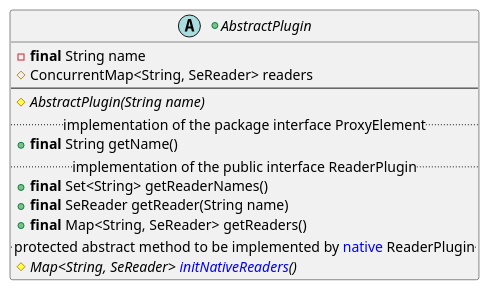
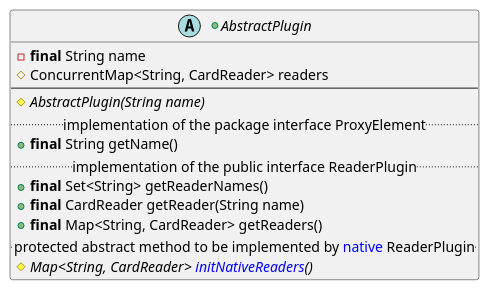
The sixth of 11 diagrams in src/KeypleCoreApi/puml/KeypleCore_Plugin_ClassDiag_ClassElements.iuml (calypsonet/keyple), drawn with PlantUML before and after one commit. The commit also changed other lines of this file and 10 other files, not shown here.

```diff
--- a/src/KeypleCoreApi/puml/KeypleCore_Plugin_ClassDiag_ClassElements.iuml
+++ b/src/KeypleCoreApi/puml/KeypleCore_Plugin_ClassDiag_ClassElements.iuml
@@ -52,19 +52,19 @@
 @startuml(id=PLUGIN_PLUGIN_1_0_0)
 +abstract AbstractPlugin {
   -<b>final</b> String name
-  #ConcurrentMap<String, SeReader> readers
+  #ConcurrentMap<String, CardReader> readers
   --
   #{abstract} AbstractPlugin(String name)
 '
   .. implementation of the package interface ProxyElement ..
   +<b>final</b> String getName()
 '
   .. implementation of the public interface ReaderPlugin ..
   +<b>final</b> Set<String> getReaderNames()
-  +<b>final</b> SeReader getReader(String name)
-  +<b>final</b> Map<String, SeReader> getReaders()
+  +<b>final</b> CardReader getReader(String name)
+  +<b>final</b> Map<String, CardReader> getReaders()
 '
   .. protected abstract method to be implemented by <color:blue>native</color> ReaderPlugin ..
-  #{abstract} Map<String, SeReader> <color:blue>initNativeReaders</color>()
+  #{abstract} Map<String, CardReader> <color:blue>initNativeReaders</color>()
 }
 @enduml
```
